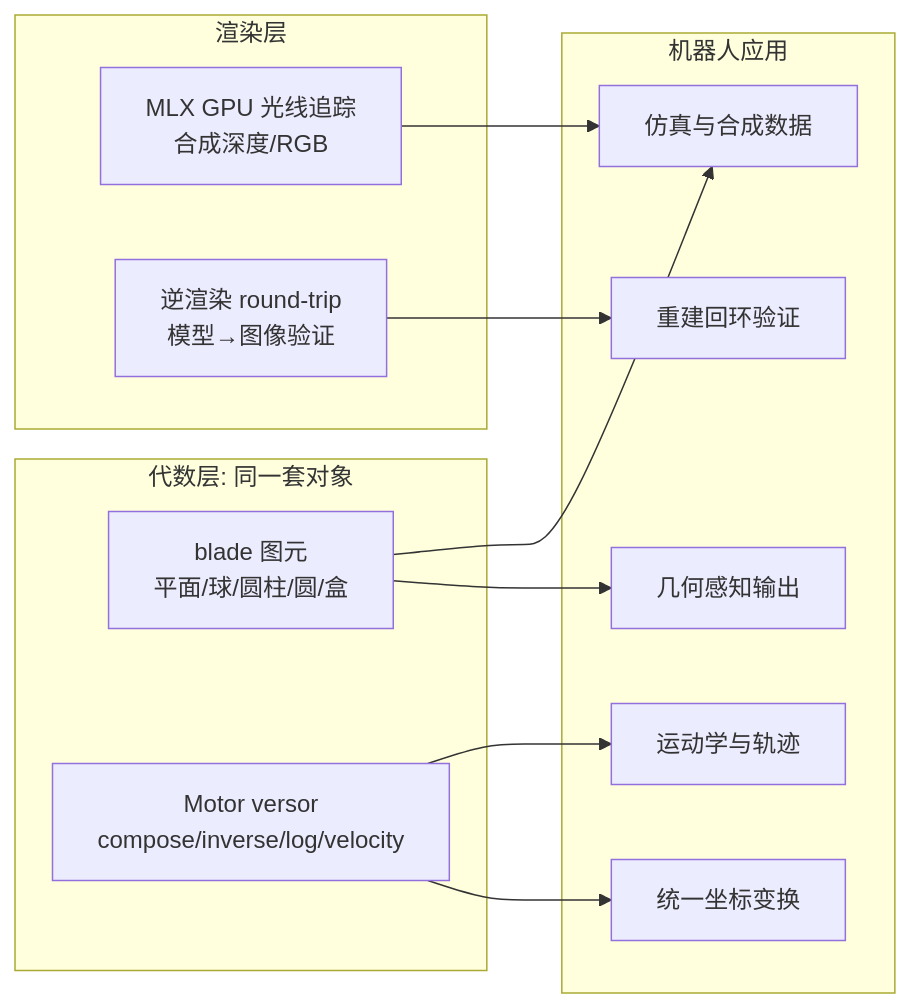
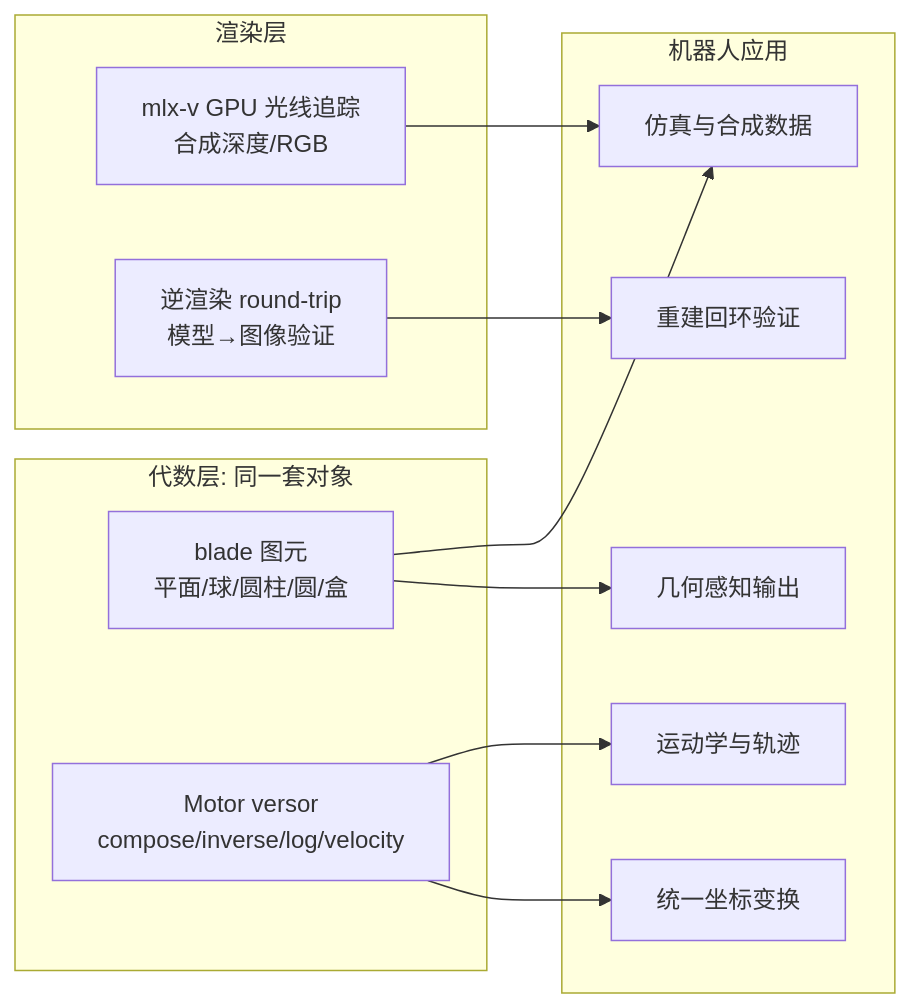
Before and after one commit to aki-xavier/cga: the second of 2 diagrams in README.md, drawn with Mermaid. The commit also changed other lines of this file and 6 other files, not shown here.

````diff
--- a/README.md
+++ b/README.md
@@ -266,22 +238,22 @@
 ```mermaid
 flowchart LR
     subgraph CGA核心[代数层: 同一套对象]
         BL[blade 图元<br/>平面/球/圆柱/圆/盒]
         MO[Motor versor<br/>compose/inverse/log/velocity]
     end
     subgraph 渲染层
-        RT[MLX GPU 光线追踪<br/>合成深度/RGB]
+        RT[mlx-v GPU 光线追踪<br/>合成深度/RGB]
         IR[逆渲染 round-trip<br/>模型→图像验证]
     end
     subgraph 机器人应用
         A[仿真与合成数据]
         B[运动学与轨迹]
         C[几何感知输出]
         D[重建回环验证]
         E[统一坐标变换]
     end
     BL --> A & C
     MO --> B & E
     RT --> A
     IR --> D
 ```
````
